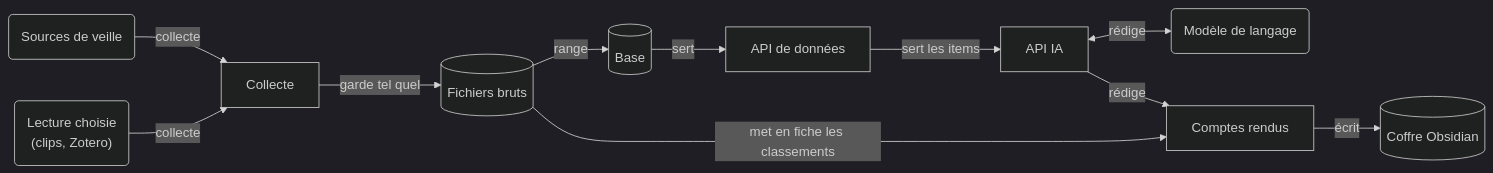
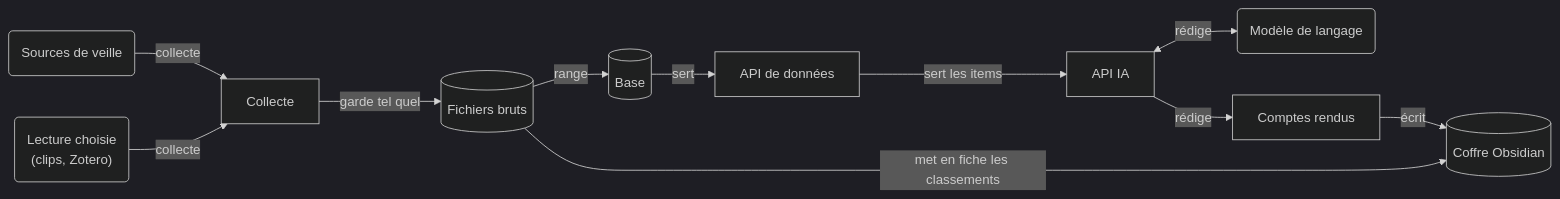
The first of 4 diagrams in documentation/architecture_pour_docu.md (SabineLaurent/K-B), drawn with Mermaid (dark theme) before and after one commit. The commit also changed other lines of this file and 1 other file, not shown here.

Commit message:
docs: apply the triage of the review of the three schemas (issue 511)

````diff
--- a/documentation/architecture_pour_docu.md
+++ b/documentation/architecture_pour_docu.md
@@ -17,23 +17,23 @@
 ```mermaid
 flowchart LR
     sources("Sources de veille")
     choice("Lecture choisie<br>(clips, Zotero)")
     collect["Collecte"]
     raw[("Fichiers bruts")]
     base[("Base")]
     dataApi["API de données"]
     aiApi["API IA"]
     model("Modèle de langage")
     reports["Comptes rendus"]
     vault[("Coffre Obsidian")]
     sources -->|"collecte"| collect
     choice -->|"collecte"| collect
     collect -->|"garde tel quel"| raw
     raw -->|"range"| base
-    raw -->|"met en fiche les classements"| reports
+    raw -->|"met en fiche les classements"| vault
     base -->|"sert"| dataApi
     dataApi -->|"sert les items"| aiApi
     aiApi <-->|"rédige"| model
     aiApi -->|"rédige"| reports
     reports -->|"écrit"| vault
 ```
````
